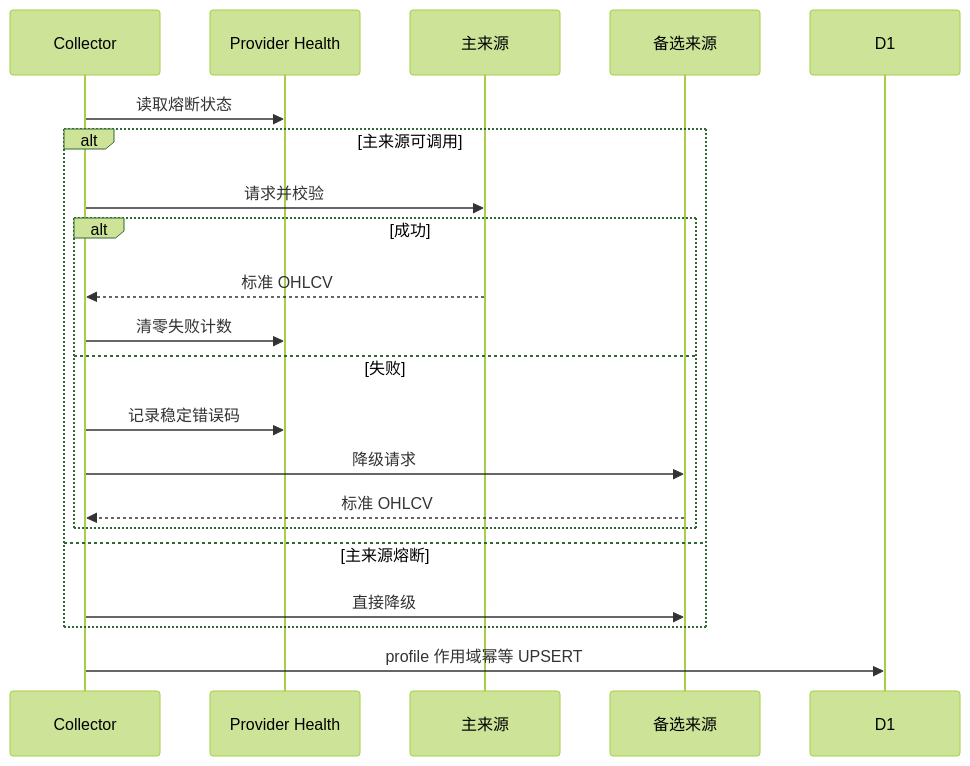
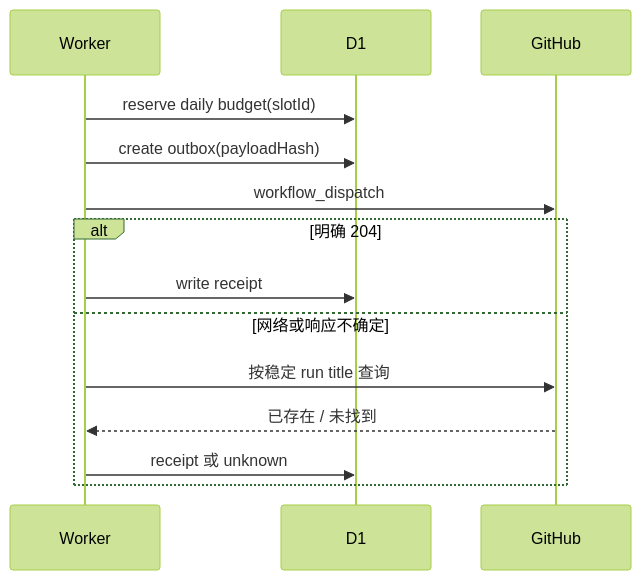
The fifth of 8 diagrams in docs/architecture-and-data-flows.md (gaaiyun/TradingWorkbench), drawn with Mermaid (forest theme) before and after one commit. The commit also changed other lines of this file and 4 other files, not shown here.

````diff
--- a/docs/architecture-and-data-flows.md
+++ b/docs/architecture-and-data-flows.md
@@ -149,24 +170,17 @@
 ```mermaid
 sequenceDiagram
-    participant C as Collector
-    participant H as Provider Health
-    participant P1 as 主来源
-    participant P2 as 备选来源
+    participant W as Worker
     participant D as D1
+    participant G as GitHub
 
-    C->>H: 读取熔断状态
-    alt 主来源可调用
-        C->>P1: 请求并校验
-        alt 成功
-            P1-->>C: 标准 OHLCV
-            C->>H: 清零失败计数
-        else 失败
-            C->>H: 记录稳定错误码
-            C->>P2: 降级请求
-            P2-->>C: 标准 OHLCV
-        end
-    else 主来源熔断
-        C->>P2: 直接降级
+    W->>D: reserve daily budget(slotId)
+    W->>D: create outbox(payloadHash)
+    W->>G: workflow_dispatch
+    alt 明确 204
+        W->>D: write receipt
+    else 网络或响应不确定
+        W->>G: 按稳定 run title 查询
+        G-->>W: 已存在 / 未找到
+        W->>D: receipt 或 unknown
     end
-    C->>D: profile 作用域幂等 UPSERT
 ```
````
